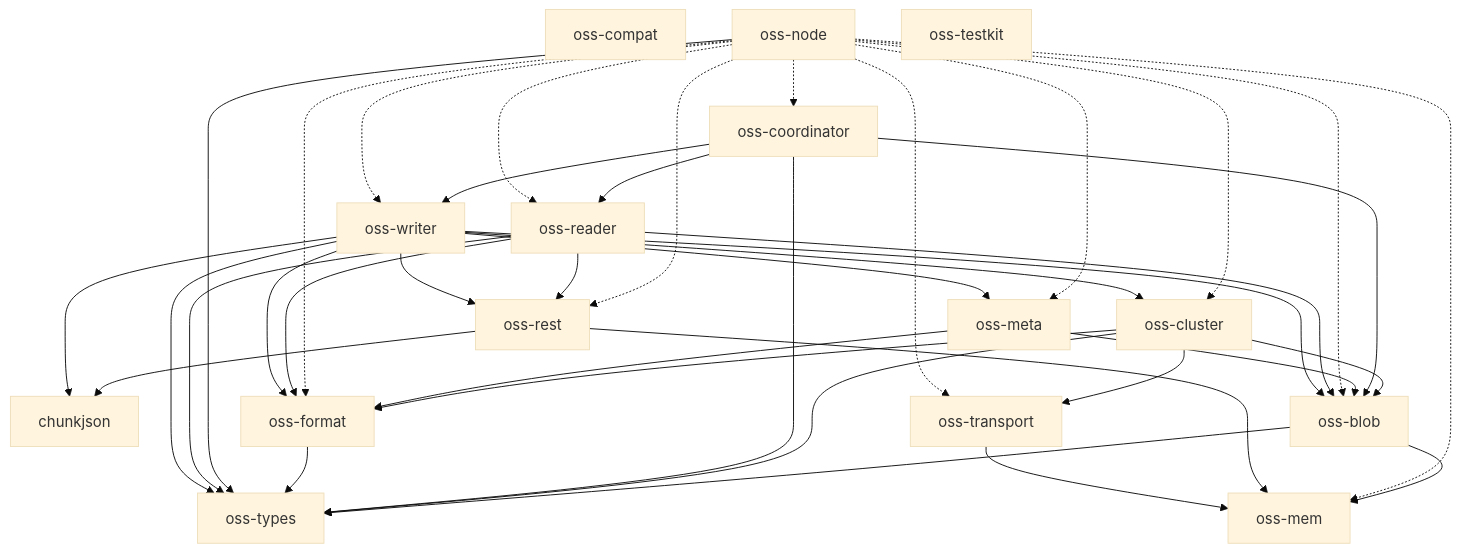
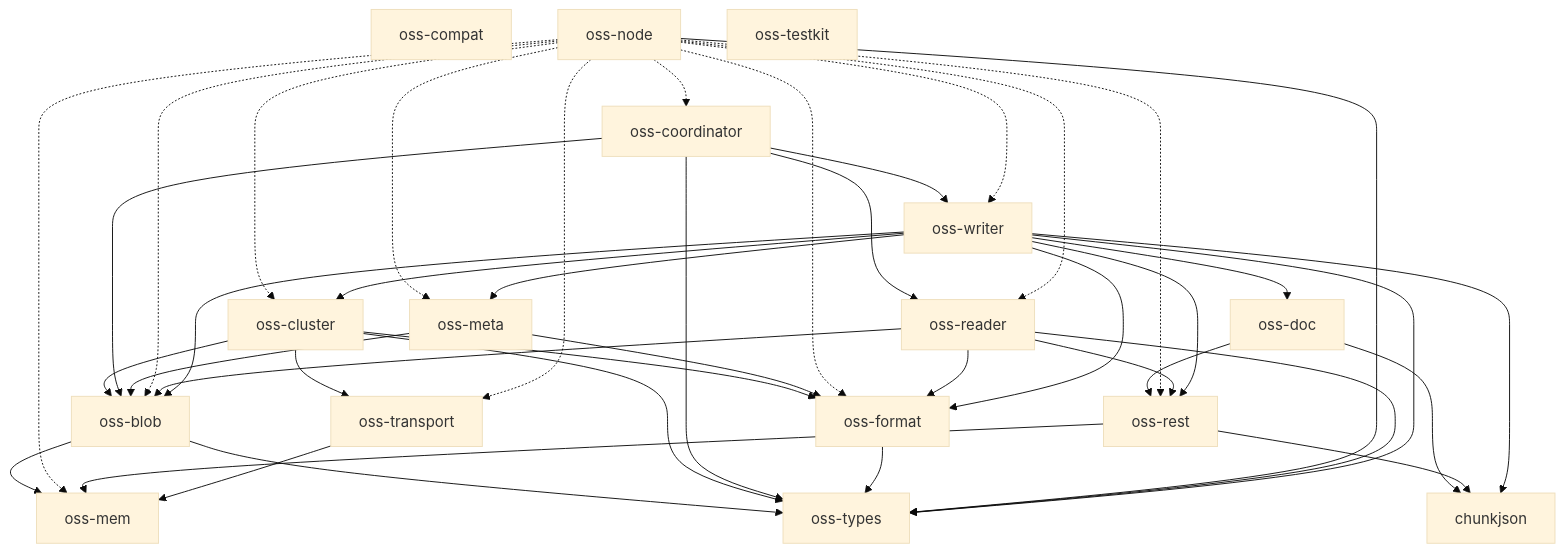
Before and after one commit to huyz0/opensearch-serverless: the diagram in docs/architecture.md, drawn with Mermaid (base theme). The commit also changed other lines of this file and 37 other files, not shown here.

````diff
--- a/docs/architecture.md
+++ b/docs/architecture.md
@@ -10,46 +10,49 @@
 ```mermaid
 graph TD
     chunkjson
     oss-blob --> oss-mem
     oss-blob --> oss-types
     oss-cluster --> oss-blob
     oss-cluster --> oss-format
     oss-cluster --> oss-transport
     oss-cluster --> oss-types
     oss-compat
     oss-coordinator --> oss-blob
     oss-coordinator --> oss-reader
     oss-coordinator --> oss-types
     oss-coordinator --> oss-writer
+    oss-doc --> chunkjson
+    oss-doc --> oss-rest
     oss-format --> oss-types
     oss-mem
     oss-meta --> oss-blob
     oss-meta --> oss-format
     oss-node -.-> oss-blob
     oss-node -.-> oss-cluster
     oss-node -.-> oss-coordinator
     oss-node -.-> oss-format
     oss-node -.-> oss-mem
     oss-node -.-> oss-meta
     oss-node -.-> oss-reader
     oss-node -.-> oss-rest
     oss-node -.-> oss-transport
     oss-node --> oss-types
     oss-node -.-> oss-writer
     oss-reader --> oss-blob
     oss-reader --> oss-format
     oss-reader --> oss-rest
     oss-reader --> oss-types
     oss-rest --> chunkjson
     oss-rest --> oss-mem
     oss-testkit
     oss-transport --> oss-mem
     oss-types
     oss-writer --> chunkjson
     oss-writer --> oss-blob
     oss-writer --> oss-cluster
+    oss-writer --> oss-doc
     oss-writer --> oss-format
     oss-writer --> oss-meta
     oss-writer --> oss-rest
     oss-writer --> oss-types
 ```
````
